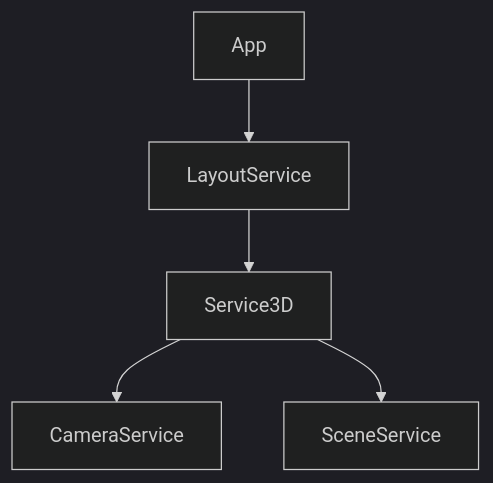
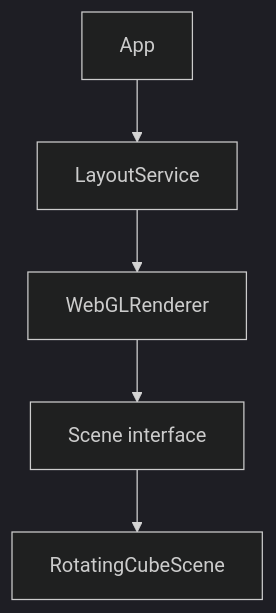
One commit to kannbaker/rpthree changed the diagram in docs/client-arch.md. Above: the diagram before and after it, drawn with Mermaid (dark theme). The commit also changed 21 other files, not shown here.

````diff
--- a/docs/client-arch.md
+++ b/docs/client-arch.md
@@ -3,7 +3,7 @@
 ```mermaid
 flowchart TD
     App["App"] --> LayoutService["LayoutService"]
-    LayoutService --> Service3D["Service3D"]
-    Service3D --> CameraService["CameraService"]
-    Service3D --> SceneService["SceneService"]
+    LayoutService --> WebGLRenderer["WebGLRenderer"]
+    WebGLRenderer --> Scene["Scene interface"]
+    Scene --> RotatingCubeScene["RotatingCubeScene"]
 ```
````
